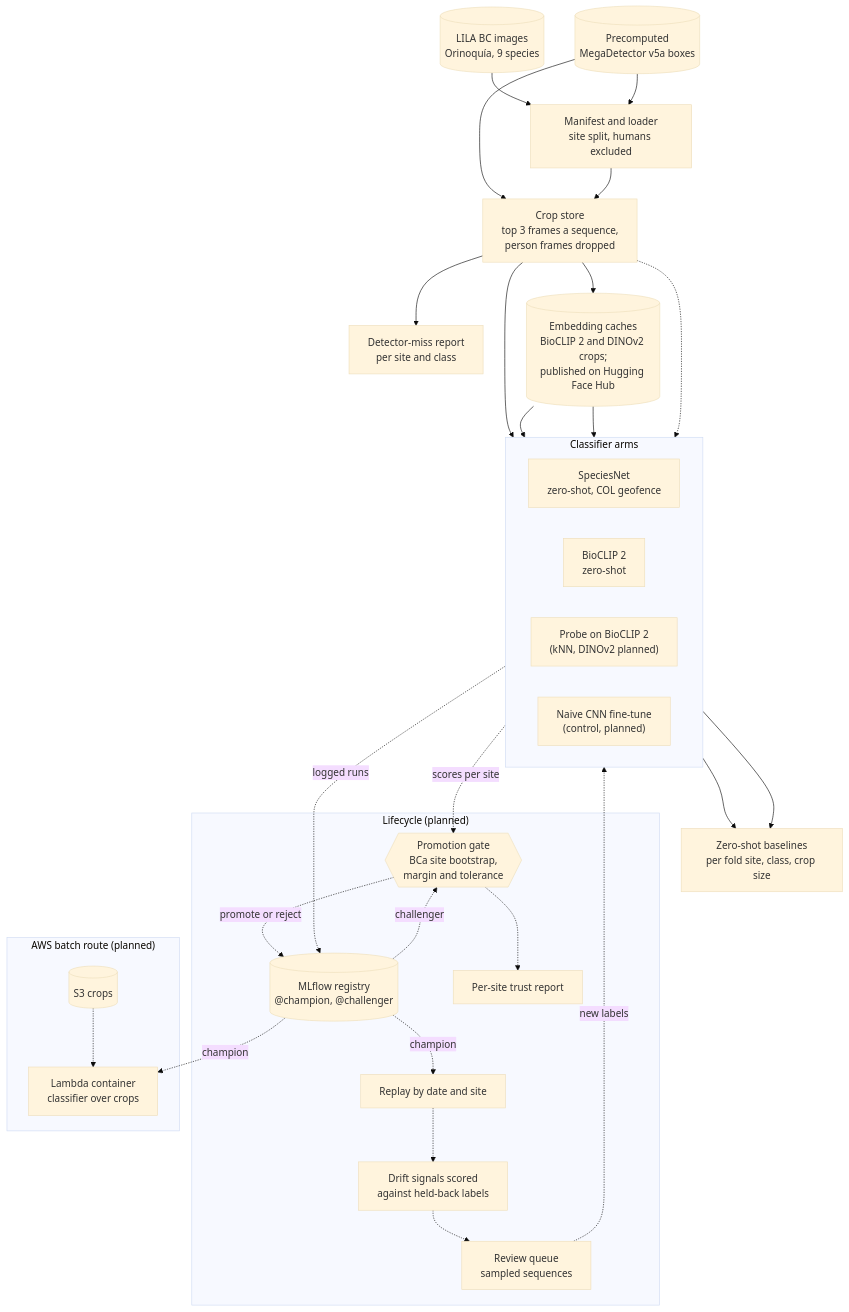
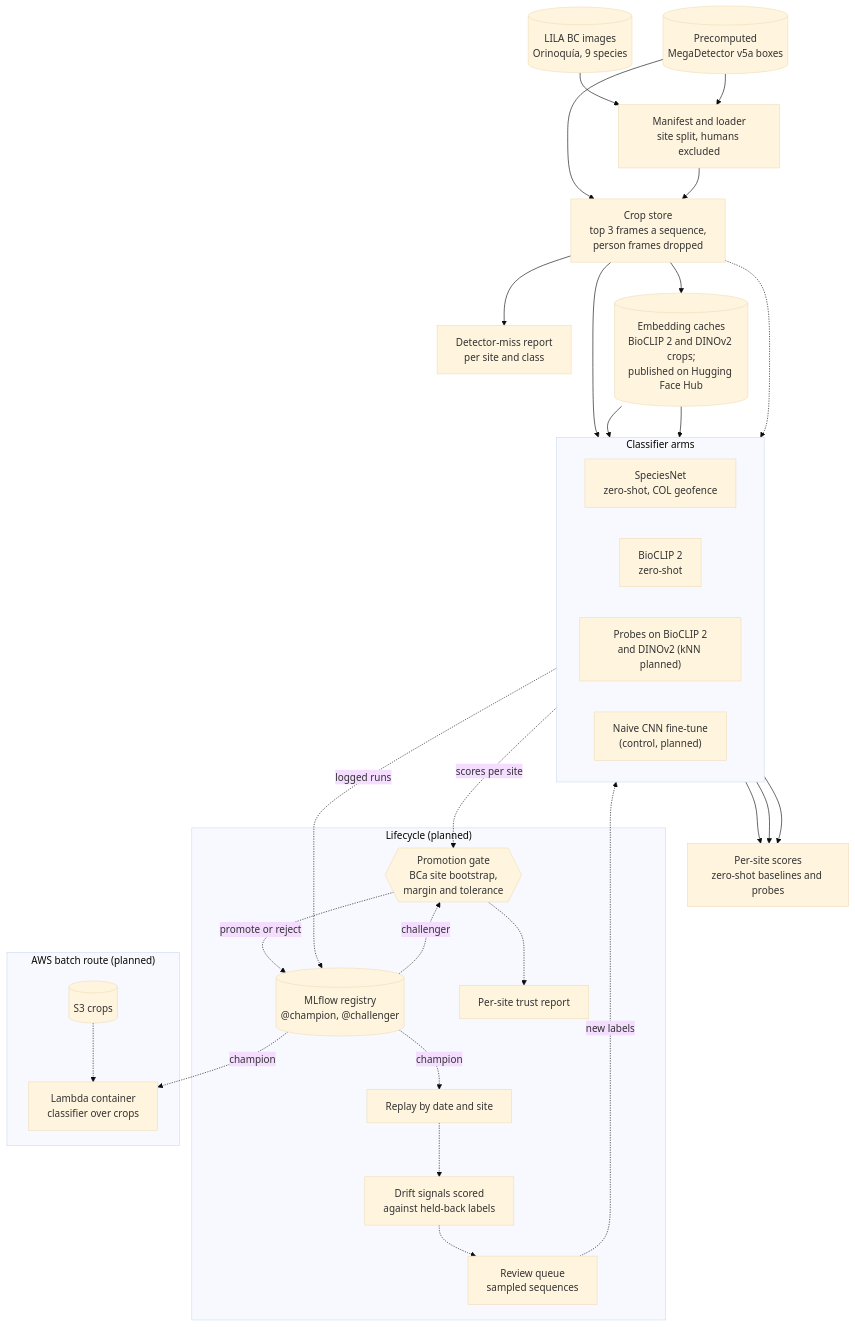
One commit to benmacp123/camera-trap-mlops changed the diagram in README.md. Above: the diagram before and after it, drawn with Mermaid (base theme). The commit also changed other lines of this file and 9 other files, not shown here.

````diff
--- a/README.md
+++ b/README.md
@@ -105,49 +132,50 @@
 ```mermaid
 flowchart TB
     lila[("LILA BC images<br>Orinoquía, 9 species")] --> manifest["Manifest and loader<br>site split, humans excluded"]
     mdv5a[("Precomputed<br>MegaDetector v5a boxes")] --> manifest
     mdv5a --> crops["Crop store<br>top 3 frames a sequence,<br>person frames dropped"]
     manifest --> crops
     crops --> misses["Detector-miss report<br>per site and class"]
     crops --> embeddings[("Embedding caches<br>BioCLIP 2 and DINOv2 crops;<br>published on Hugging Face Hub")]
 
     subgraph arms ["Classifier arms"]
         direction LR
         speciesnet["SpeciesNet<br>zero-shot, COL geofence"]
         bioclip["BioCLIP 2<br>zero-shot"]
-        probe["Probe on BioCLIP 2<br>(kNN, DINOv2 planned)"]
+        probe["Probes on BioCLIP 2<br>and DINOv2 (kNN planned)"]
         cnn["Naive CNN fine-tune<br>(control, planned)"]
     end
 
     crops --> speciesnet
     embeddings --> bioclip
     embeddings --> probe
     crops -.-> cnn
 
-    speciesnet --> baselines["Zero-shot baselines<br>per fold site, class, crop size"]
+    speciesnet --> baselines["Per-site scores<br>zero-shot baselines and probes"]
     bioclip --> baselines
+    probe --> baselines
 
     gate{{"Promotion gate<br>BCa site bootstrap,<br>margin and tolerance"}}
 
     subgraph lifecycle ["Lifecycle (planned)"]
         mlflow[("MLflow registry<br>@champion, @challenger")]
         report["Per-site trust report"]
         replay["Replay by date and site"]
         drift["Drift signals scored<br>against held-back labels"]
         review["Review queue<br>sampled sequences"]
         mlflow -. "challenger" .-> gate
         gate -. "promote or reject" .-> mlflow
         gate -.-> report
         mlflow -. "champion" .-> replay -.-> drift -.-> review
     end
 
     arms -. "scores per site" .-> gate
     arms -. "logged runs" .-> mlflow
     review -. "new labels" .-> arms
 
     subgraph aws ["AWS batch route (planned)"]
         s3[("S3 crops")] -.-> lambda["Lambda container<br>classifier over crops"]
     end
 
     mlflow -. "champion" .-> lambda
 ```
````
